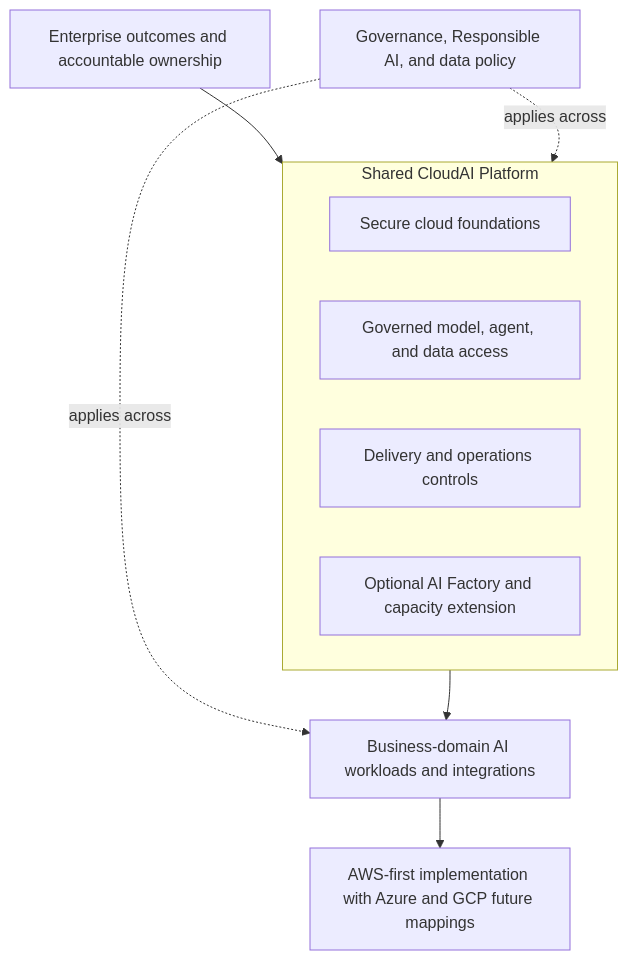
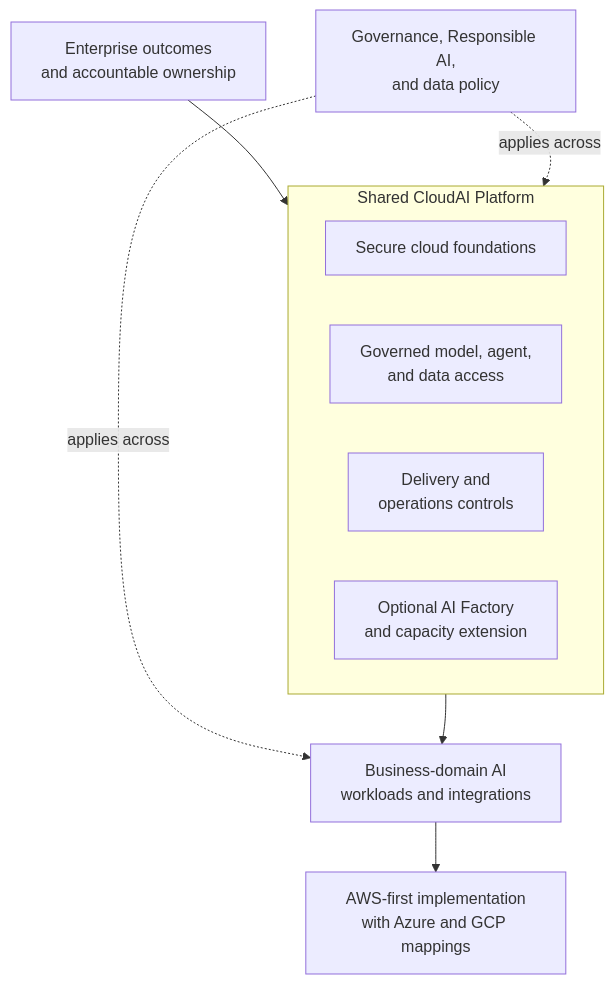
The first of 3 diagrams in docs/architecture.md (afaryy/cloudai-platform), drawn with Mermaid before and after one commit. The commit also changed other lines of this file and 2 other files, not shown here.

Commit message:
docs: improve architecture diagram readability

````diff
--- a/docs/architecture.md
+++ b/docs/architecture.md
@@ -19,21 +19,21 @@
 ```mermaid
 flowchart TB
-  outcome["Enterprise outcomes and accountable ownership"]
-  policy["Governance, Responsible AI, and data policy"]
+  outcome["Enterprise outcomes<br/>and accountable ownership"]
+  policy["Governance, Responsible AI,<br/>and data policy"]
 
   subgraph platform["Shared CloudAI Platform"]
     foundations["Secure cloud foundations"]
-    access["Governed model, agent, and data access"]
-    delivery["Delivery and operations controls"]
-    capacity["Optional AI Factory and capacity extension"]
+    access["Governed model, agent,<br/>and data access"]
+    delivery["Delivery and<br/>operations controls"]
+    capacity["Optional AI Factory<br/>and capacity extension"]
   end
 
-  workloads["Business-domain AI workloads and integrations"]
-  providers["AWS-first implementation with Azure and GCP future mappings"]
+  workloads["Business-domain AI<br/>workloads and integrations"]
+  providers["AWS-first implementation<br/>with Azure and GCP mappings"]
 
   outcome --> platform
   policy -. "applies across" .-> platform
   policy -. "applies across" .-> workloads
   platform --> workloads
   workloads --> providers
 ```
````
